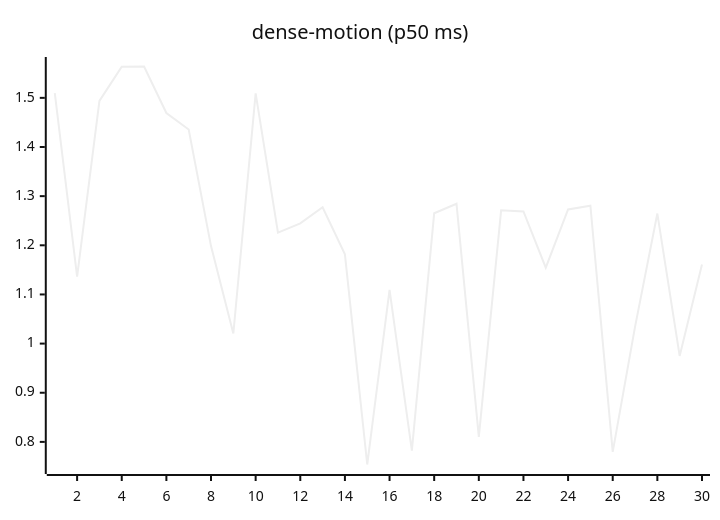
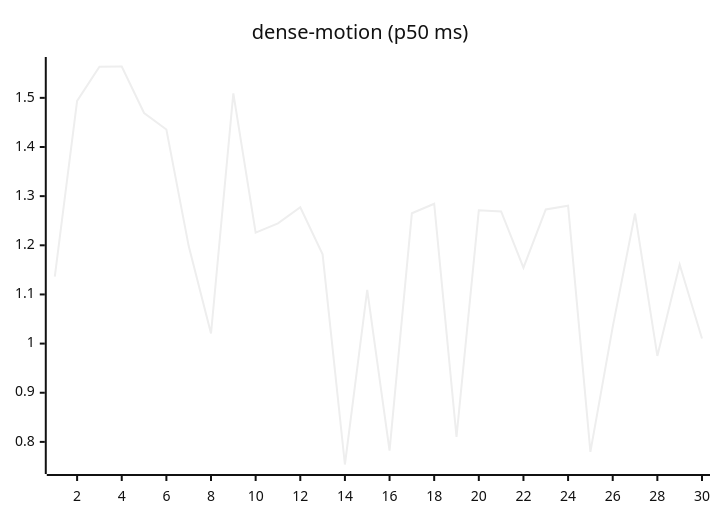
One commit to josha/Facet changed the ninth of 27 diagrams in README.md. Above: the diagram before and after it, drawn with Mermaid (neutral theme). The commit also changed other lines of this file and 2 other files, not shown here.

````diff
--- a/README.md
+++ b/README.md
@@ -119,6 +119,6 @@
 ```mermaid
 xychart-beta
     title "dense-motion (p50 ms)"
     x-axis 1 --> 30
-    line [1.5096, 1.1365, 1.4939, 1.5634, 1.5638, 1.4692, 1.4355, 1.1984, 1.0205, 1.5093, 1.2258, 1.2445, 1.2773, 1.1817, 0.7540, 1.1093, 0.7822, 1.2651, 1.2846, 0.8102, 1.2712, 1.2688, 1.1544, 1.2730, 1.2805, 0.7796, 1.0341, 1.2646, 0.9749, 1.1610]
+    line [1.1365, 1.4939, 1.5634, 1.5638, 1.4692, 1.4355, 1.1984, 1.0205, 1.5093, 1.2258, 1.2445, 1.2773, 1.1817, 0.7540, 1.1093, 0.7822, 1.2651, 1.2846, 0.8102, 1.2712, 1.2688, 1.1544, 1.2730, 1.2805, 0.7796, 1.0341, 1.2646, 0.9749, 1.1610, 1.0105]
 ```
````
